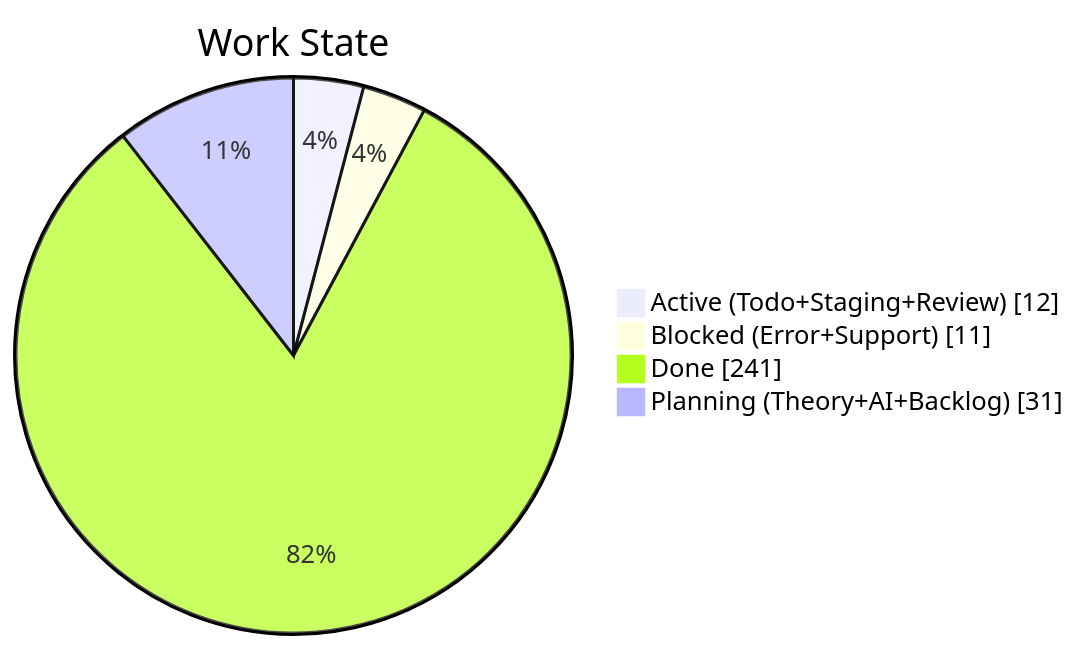
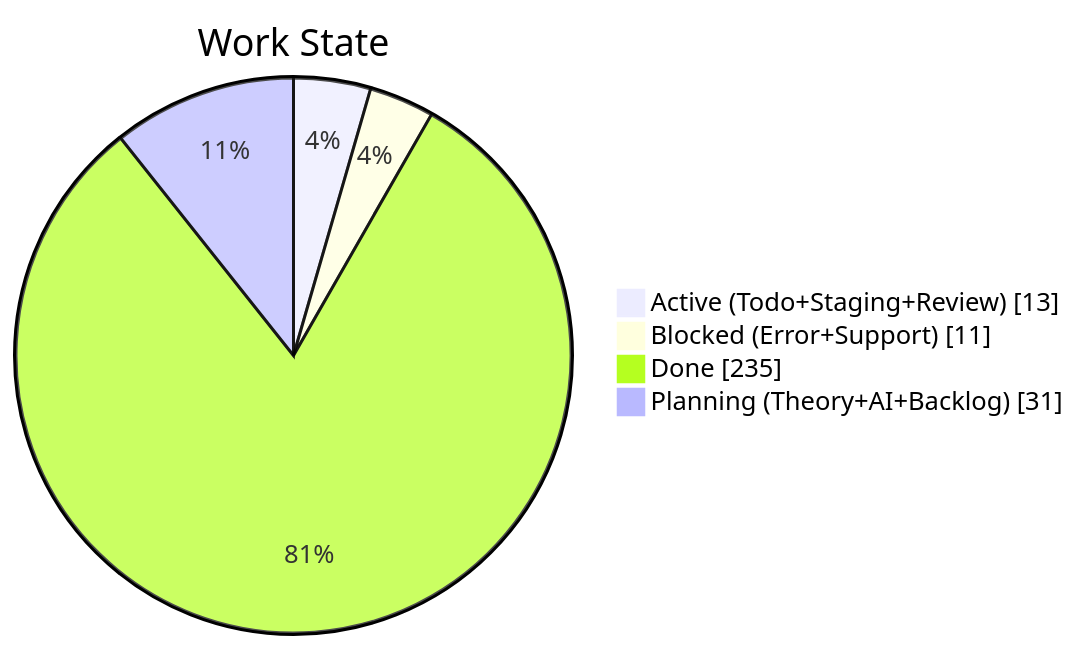
Before and after one commit to KBVE/kbve: the second of 4 diagrams in apps/kbve/astro-kbve/src/content/docs/dashboard/kanban-data.mdx, drawn with Mermaid. The commit also changed other lines of this file and 7 other files, not shown here.

````diff
--- a/apps/kbve/astro-kbve/src/content/docs/dashboard/kanban-data.mdx
+++ b/apps/kbve/astro-kbve/src/content/docs/dashboard/kanban-data.mdx
@@ -67,8 +68,8 @@
 ```mermaid
 pie showData
     title Work State
-    "Active (Todo+Staging+Review)" : 12
+    "Active (Todo+Staging+Review)" : 13
     "Blocked (Error+Support)" : 11
-    "Done" : 241
+    "Done" : 235
     "Planning (Theory+AI+Backlog)" : 31
 ```
````
